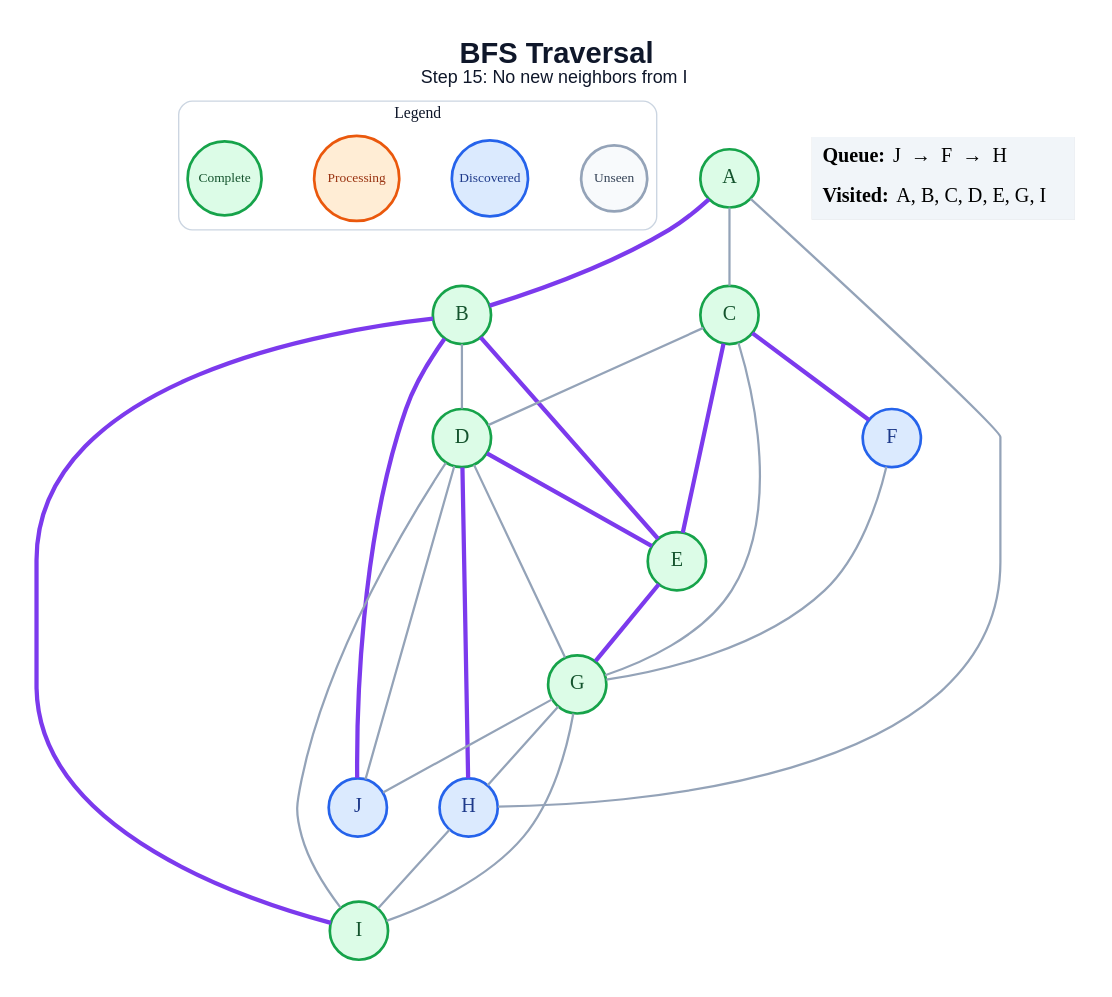
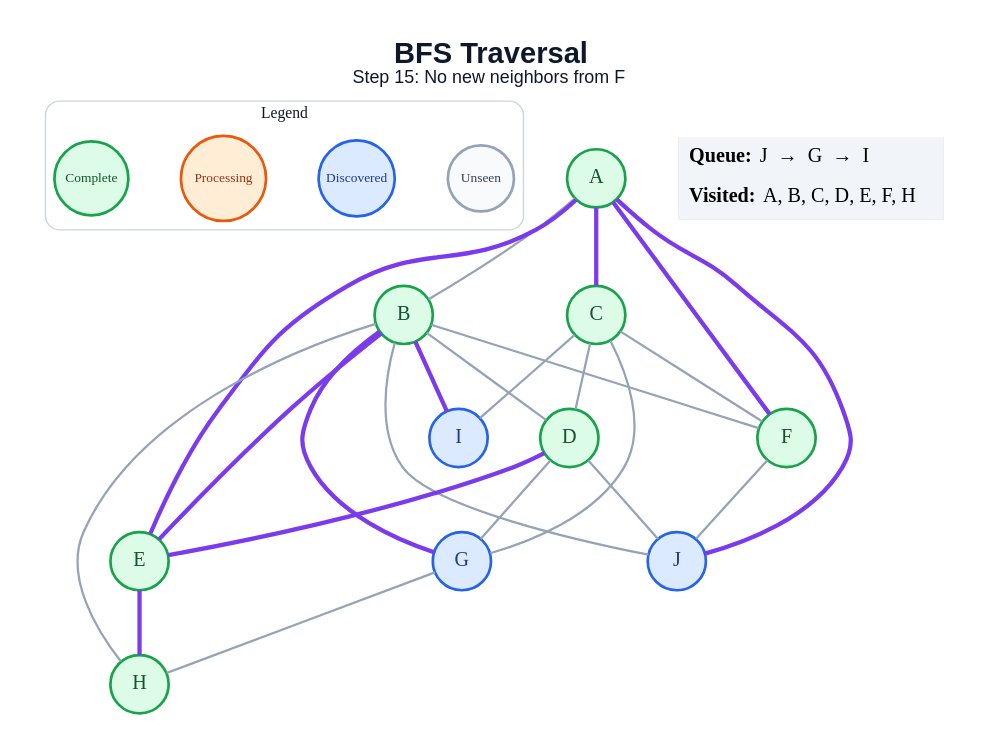
One commit to anon7238593-create/ai-slop changed the diagram in generated/specific-node/bfs/step_15.dot. Above: the diagram before and after it, drawn with Graphviz. The commit also changed 178 other files, not shown here.

```diff
--- a/generated/specific-node/bfs/step_15.dot
+++ b/generated/specific-node/bfs/step_15.dot
@@ -1,51 +1,51 @@
 graph traversal {
   graph [layout=dot, rankdir=TB, bgcolor="#FFFFFF", pad="0.35", nodesep="0.65", ranksep="0.8", fontname="Arial"];
   node [shape=circle, style="filled", fontname="Arial Bold", fontsize=18, width=0.72, fixedsize=true, penwidth=2.4];
   edge [color="#94A3B8", penwidth=2.0];
-  label=<<B>BFS Traversal</B><BR/><FONT POINT-SIZE="16">Step 15: No new neighbors from I</FONT>>; labelloc="t"; fontsize=26; fontname="Arial"; fontcolor="#0F172A";
+  label=<<B>BFS Traversal</B><BR/><FONT POINT-SIZE="16">Step 15: No new neighbors from F</FONT>>; labelloc="t"; fontsize=26; fontname="Arial"; fontcolor="#0F172A";
   subgraph cluster_legend { label="Legend"; color="#CBD5E1"; penwidth=1.2; style="rounded"; fontsize=14; fontname="Arial Bold";
     key_unseen [label="Unseen", fillcolor="#F8FAFC", color="#94A3B8", fontcolor="#334155", fontsize=12, width=0.82];
     key_frontier [label="Discovered", fillcolor="#DBEAFE", color="#2563EB", fontcolor="#1E3A8A", fontsize=12, width=0.95];
     key_current [label="Processing", fillcolor="#FFEDD5", color="#EA580C", fontcolor="#9A3412", fontsize=12, width=1.05];
     key_done [label="Complete", fillcolor="#DCFCE7", color="#16A34A", fontcolor="#14532D", fontsize=12, width=0.92];
     { rank=same; key_unseen; key_frontier; key_current; key_done; }
   }
   A [fillcolor="#DCFCE7", color="#16A34A", fontcolor="#14532D"];
   B [fillcolor="#DCFCE7", color="#16A34A", fontcolor="#14532D"];
   C [fillcolor="#DCFCE7", color="#16A34A", fontcolor="#14532D"];
   D [fillcolor="#DCFCE7", color="#16A34A", fontcolor="#14532D"];
   E [fillcolor="#DCFCE7", color="#16A34A", fontcolor="#14532D"];
-  F [fillcolor="#DBEAFE", color="#2563EB", fontcolor="#1E3A8A"];
-  G [fillcolor="#DCFCE7", color="#16A34A", fontcolor="#14532D"];
-  H [fillcolor="#DBEAFE", color="#2563EB", fontcolor="#1E3A8A"];
-  I [fillcolor="#DCFCE7", color="#16A34A", fontcolor="#14532D"];
+  F [fillcolor="#DCFCE7", color="#16A34A", fontcolor="#14532D"];
+  G [fillcolor="#DBEAFE", color="#2563EB", fontcolor="#1E3A8A"];
+  H [fillcolor="#DCFCE7", color="#16A34A", fontcolor="#14532D"];
+  I [fillcolor="#DBEAFE", color="#2563EB", fontcolor="#1E3A8A"];
   J [fillcolor="#DBEAFE", color="#2563EB", fontcolor="#1E3A8A"];
-  A -- B [color="#7C3AED", penwidth=3.8];
-  A -- C;
-  A -- H;
+  A -- B;
+  A -- C [color="#7C3AED", penwidth=3.8];
+  A -- E [color="#7C3AED", penwidth=3.8];
+  A -- F [color="#7C3AED", penwidth=3.8];
+  A -- J [color="#7C3AED", penwidth=3.8];
   B -- D;
   B -- E [color="#7C3AED", penwidth=3.8];
+  B -- F;
+  B -- G [color="#7C3AED", penwidth=3.8];
+  B -- H;
   B -- I [color="#7C3AED", penwidth=3.8];
-  B -- J [color="#7C3AED", penwidth=3.8];
+  B -- J;
   C -- D;
-  C -- E [color="#7C3AED", penwidth=3.8];
-  C -- F [color="#7C3AED", penwidth=3.8];
+  C -- F;
   C -- G;
+  C -- I;
   D -- E [color="#7C3AED", penwidth=3.8];
   D -- G;
-  D -- H [color="#7C3AED", penwidth=3.8];
-  D -- I;
   D -- J;
-  E -- G [color="#7C3AED", penwidth=3.8];
-  F -- G;
+  E -- H [color="#7C3AED", penwidth=3.8];
+  F -- J;
   G -- H;
-  G -- I;
-  G -- J;
-  H -- I;
   status [shape=plain, fixedsize=false, width=0, height=0, margin=0, label=<
     <TABLE BORDER="0" CELLBORDER="0" CELLPADDING="7" BGCOLOR="#F1F5F9">
-      <TR><TD ALIGN="LEFT"><B>Queue:</B> J  →  F  →  H</TD></TR>
-      <TR><TD ALIGN="LEFT"><B>Visited:</B> A, B, C, D, E, G, I</TD></TR>
+      <TR><TD ALIGN="LEFT"><B>Queue:</B> J  →  G  →  I</TD></TR>
+      <TR><TD ALIGN="LEFT"><B>Visited:</B> A, B, C, D, E, F, H</TD></TR>
     </TABLE>
   >];
 }
```
